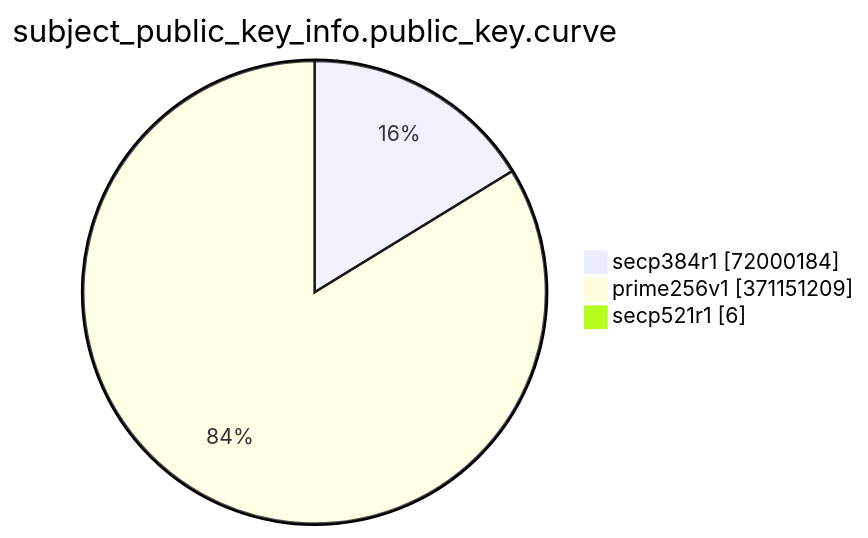
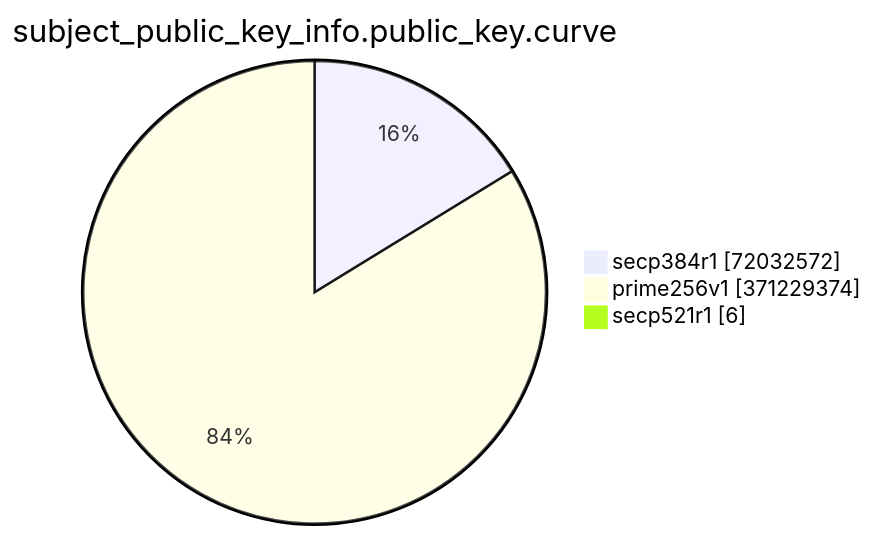
The eighth of 15 diagrams in TOTAL/README.md (christiankrug/ctmonitor_visualization), drawn with Mermaid before and after one commit. The commit also changed other lines of this file, not shown here.

````diff
--- a/TOTAL/README.md
+++ b/TOTAL/README.md
@@ -3092,7 +3092,7 @@
 ```mermaid
 pie showData
 title subject_public_key_info.public_key.curve
-"secp384r1" :72000184
-"prime256v1" :371151209
+"secp384r1" :72032572
+"prime256v1" :371229374
 "secp521r1" :6
 ```
````
